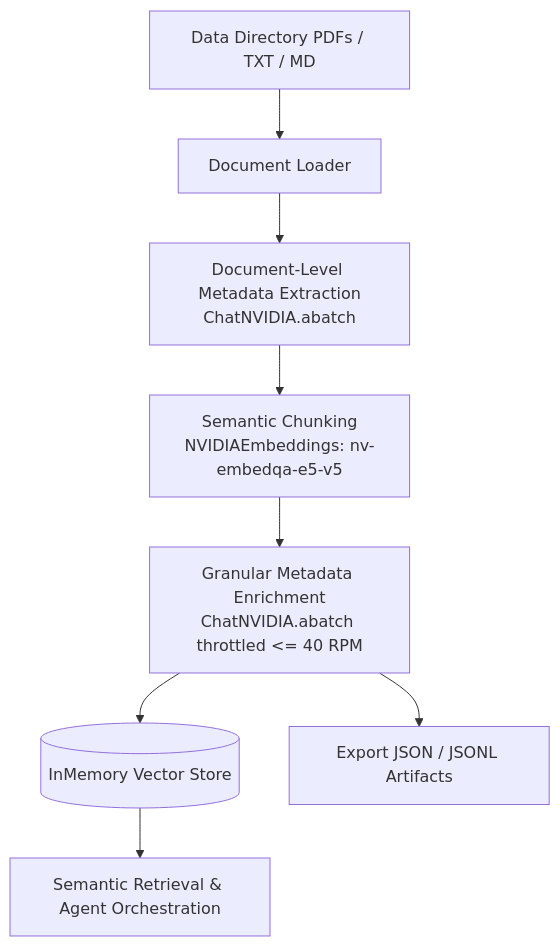
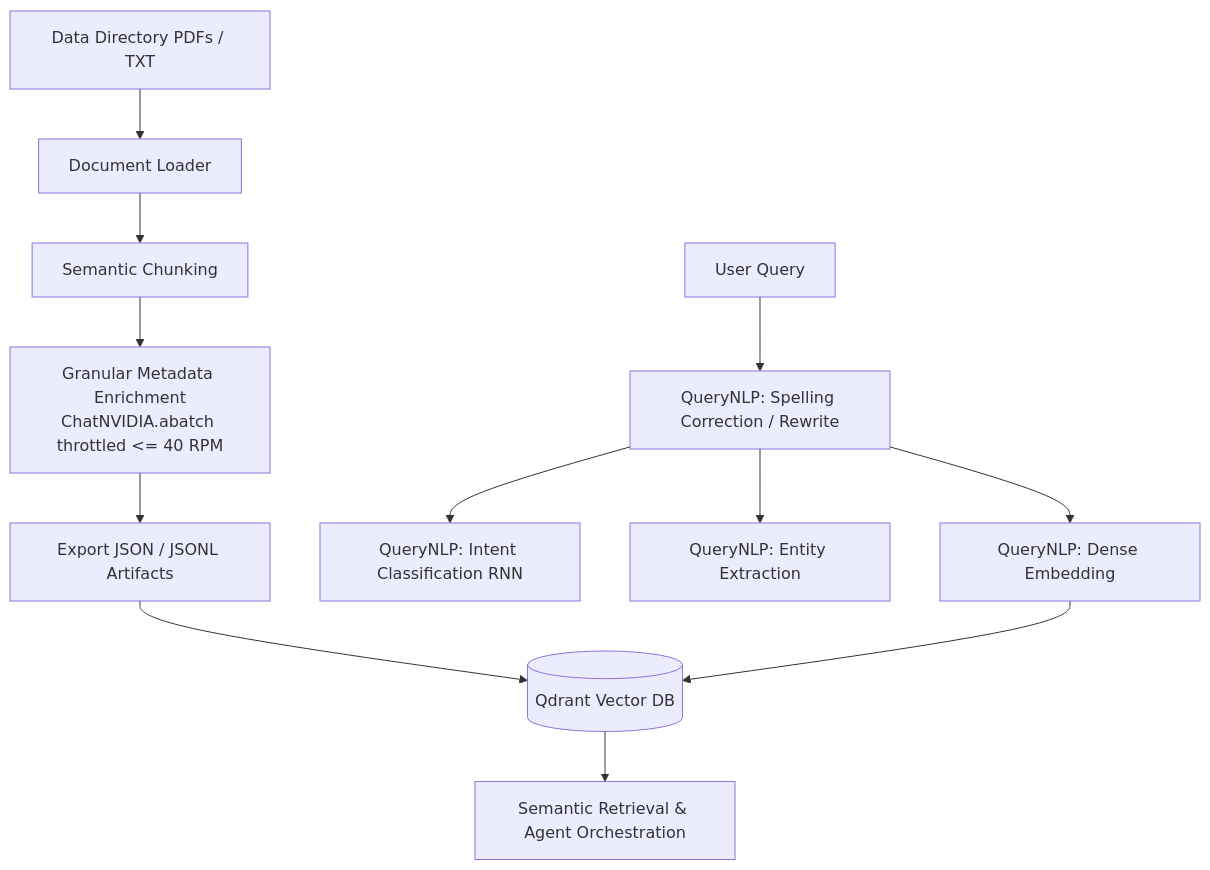
Before and after one commit to Vaibhav2005-r/Multi_Agent-Orchestration_with_RAG_-_Neurals: the diagram in README.md, drawn with Mermaid. The commit also changed other lines of this file, not shown here.

Commit message:
docs: Update README with Qdrant and QueryNLP architecture

````diff
--- a/README.md
+++ b/README.md
@@ -27,10 +29,16 @@
 ```mermaid
 flowchart TD
-    A[Data Directory PDFs / TXT / MD] --> B[Document Loader]
-    B --> C[Document-Level Metadata Extraction<br/>ChatNVIDIA.abatch]
-    C --> D[Semantic Chunking<br/>NVIDIAEmbeddings: nv-embedqa-e5-v5]
-    D --> E[Granular Metadata Enrichment<br/>ChatNVIDIA.abatch throttled <= 40 RPM]
-    E --> F[(InMemory Vector Store)]
-    E --> G[Export JSON / JSONL Artifacts]
-    F --> H[Semantic Retrieval & Agent Orchestration]
+    A[Data Directory PDFs / TXT] --> B[Document Loader]
+    B --> C[Semantic Chunking]
+    C --> D[Granular Metadata Enrichment<br/>ChatNVIDIA.abatch throttled <= 40 RPM]
+    D --> E[Export JSON / JSONL Artifacts]
+    E --> F[(Qdrant Vector DB)]
+    
+    Q[User Query] --> G[QueryNLP: Spelling Correction / Rewrite]
+    G --> H[QueryNLP: Intent Classification RNN]
+    G --> I[QueryNLP: Entity Extraction]
+    G --> J[QueryNLP: Dense Embedding]
+    
+    J --> F
+    F --> K[Semantic Retrieval & Agent Orchestration]
 ```
````
